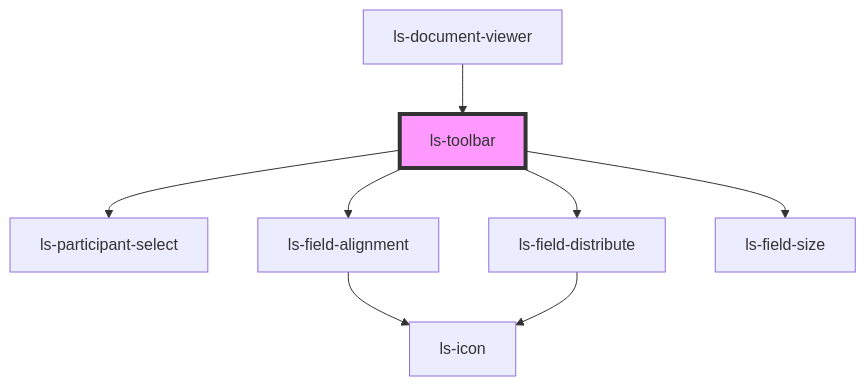
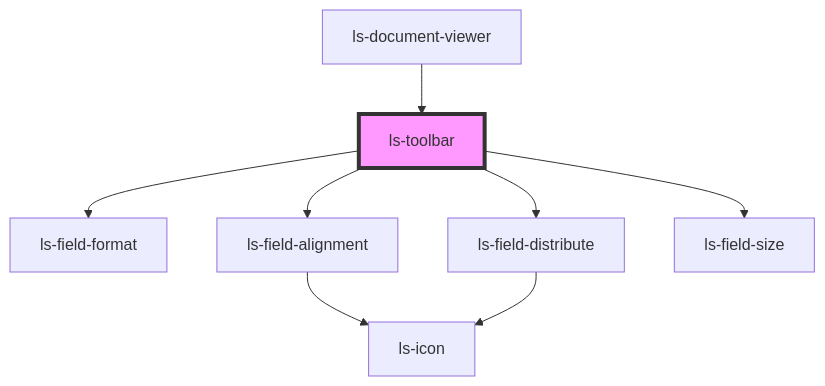
Before and after one commit to legalesign/ls-document-viewer: the diagram in src/components/ls-toolbar/readme.md, drawn with Mermaid. The commit also changed other lines of this file and 18 other files, not shown here.

````diff
--- a/src/components/ls-toolbar/readme.md
+++ b/src/components/ls-toolbar/readme.md
@@ -29,11 +31,11 @@
 ```mermaid
 graph TD;
-  ls-toolbar --> ls-participant-select
+  ls-toolbar --> ls-field-format
   ls-toolbar --> ls-field-alignment
   ls-toolbar --> ls-field-distribute
   ls-toolbar --> ls-field-size
   ls-field-alignment --> ls-icon
   ls-field-distribute --> ls-icon
   ls-document-viewer --> ls-toolbar
   style ls-toolbar fill:#f9f,stroke:#333,stroke-width:4px
 ```
````
